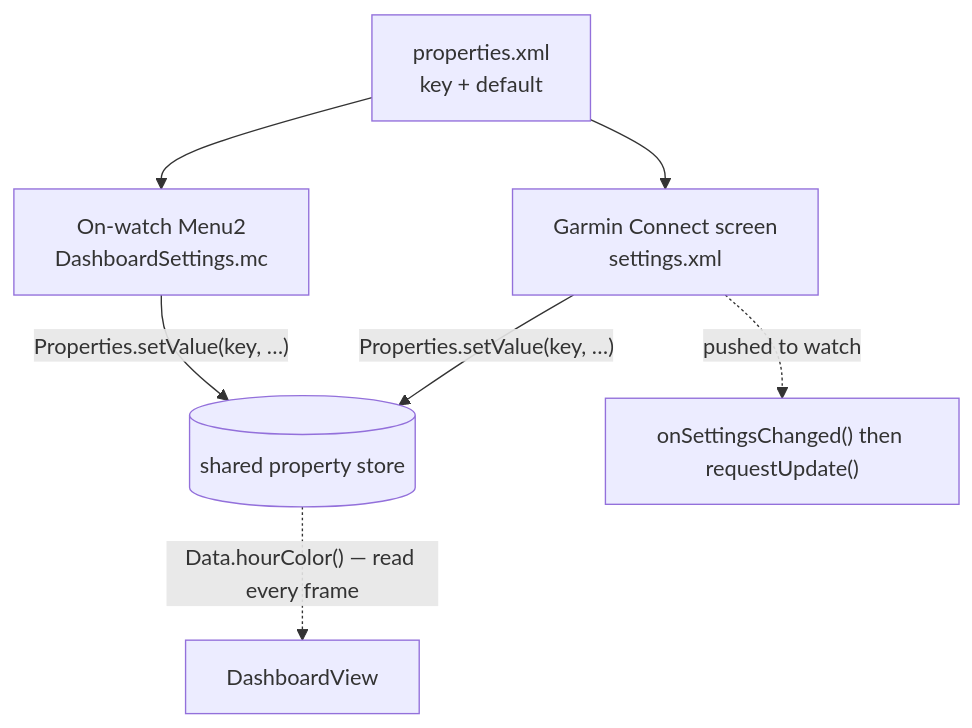
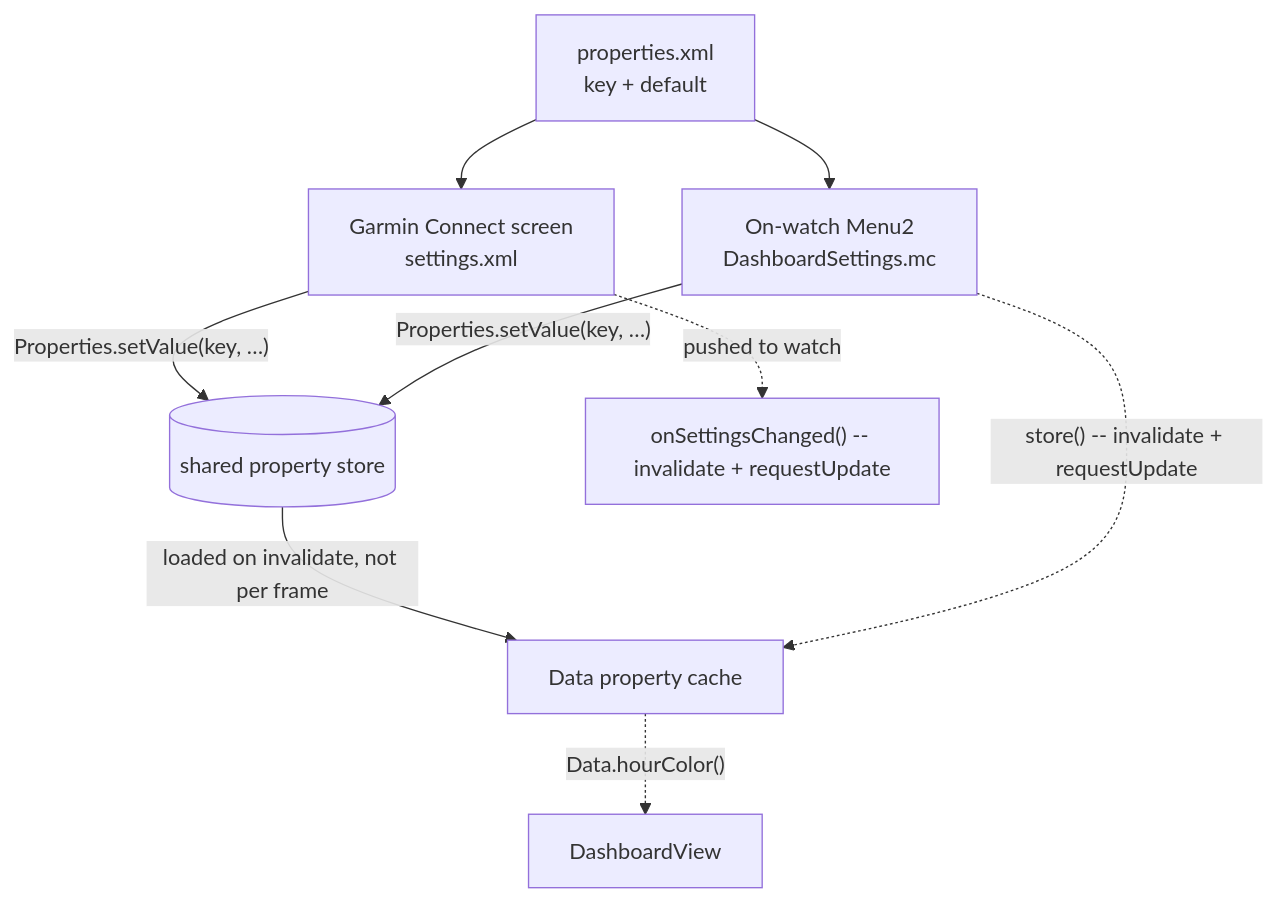
The third of 3 diagrams in docs/internals.md (vvorth/garmin-watchface-protomolecule), drawn with Mermaid before and after one commit. The commit also changed other lines of this file and 8 other files, not shown here.

````diff
--- a/docs/internals.md
+++ b/docs/internals.md
@@ -309,9 +331,11 @@
 ```mermaid
 flowchart TD
     P["properties.xml<br/>key + default"] --> C["Garmin Connect screen<br/>settings.xml"]
     P --> M["On-watch Menu2<br/>DashboardSettings.mc"]
     C -->|"Properties.setValue(key, …)"| Store[(shared property store)]
     M -->|"Properties.setValue(key, …)"| Store
-    Store -.->|"Data.hourColor() — read every frame"| View[DashboardView]
-    C -.->|pushed to watch| OSC["onSettingsChanged() then requestUpdate()"]
+    Store -->|"loaded on invalidate, not per frame"| Cache["Data property cache"]
+    Cache -.->|"Data.hourColor()"| View[DashboardView]
+    C -.->|"pushed to watch"| OSC["onSettingsChanged() -- invalidate + requestUpdate"]
+    M -.->|"store() -- invalidate + requestUpdate"| Cache
 ```
````
